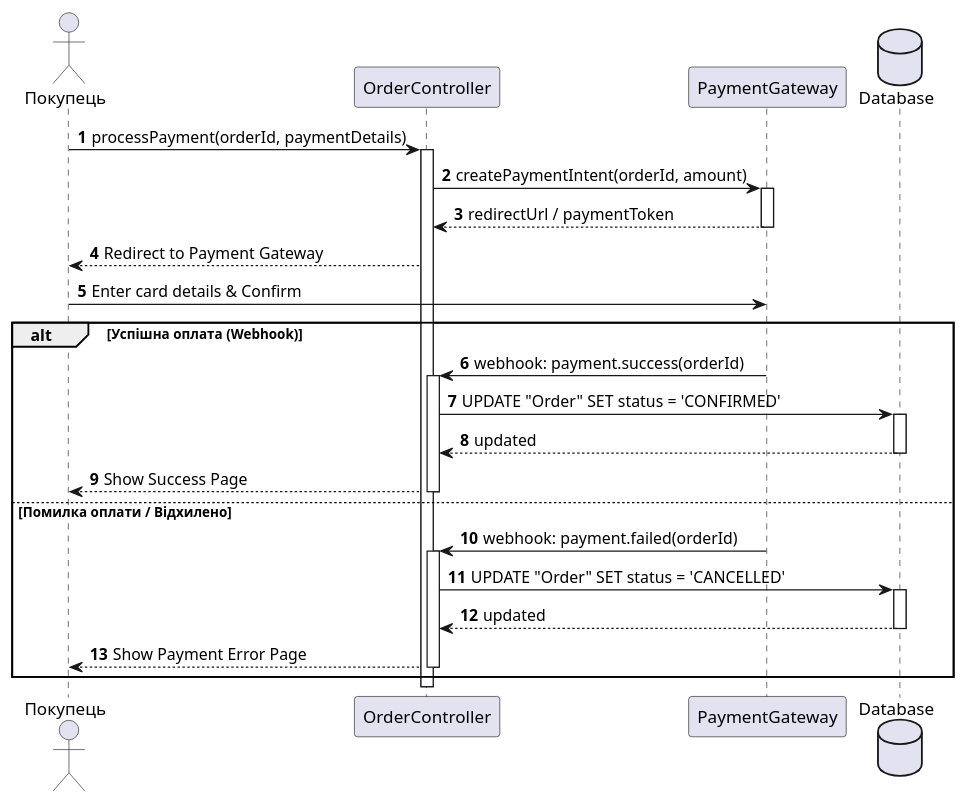
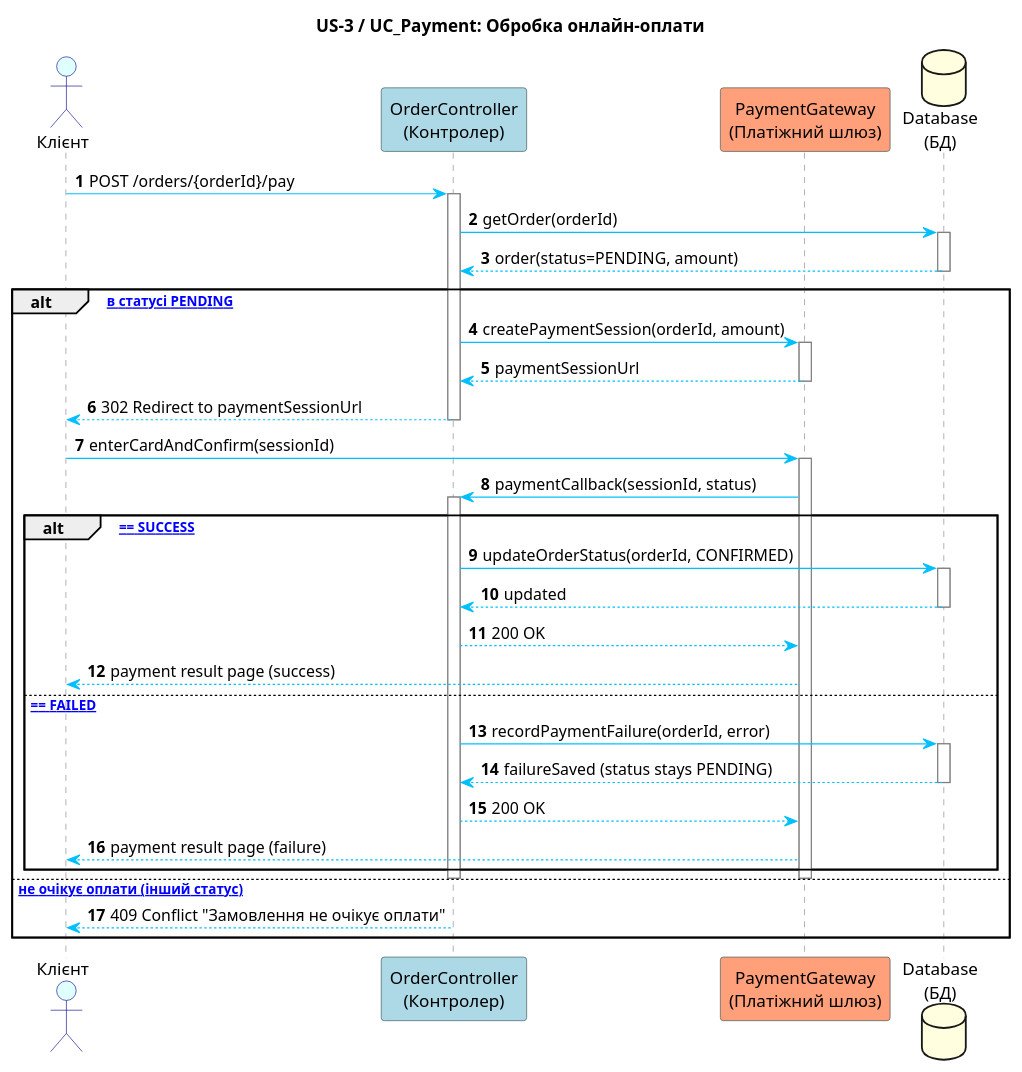
One commit to leormix/KPILabs2year changed the diagram in 3rd/sequence-payment.puml. Above: the diagram before and after it, drawn with PlantUML.

Commit message:
fix(puml): коригування активаційних ліній та блоків alt у US-3 після ШІ
- Об'єднано активацію OrderController під час Callback: тепер лінія починається до внутрішнього блоку alt і закривається після нього, охоплюючи обидві гілки (успіх/невдача) згідно з вимогами лаби.

```diff
--- a/3rd/sequence-payment.puml
+++ b/3rd/sequence-payment.puml
@@ -1,43 +1,67 @@
 @startuml
 autonumber
-actor Customer as "Покупець"
-participant OrderController as "OrderController"
-participant Gateway as "PaymentGateway"
-database DB as "Database"
+title US-3 / UC_Payment: Обробка онлайн-оплати
 
-Customer -> OrderController: processPayment(orderId, paymentDetails)
-activate OrderController
+skinparam sequence {
+    ArrowColor DeepSkyBlue
+    ActorBorderColor DarkBlue
+    ActorBackgroundColor LightCyan
+    LifeLineBorderColor Grey
+    LifeLineBackgroundColor White
+    ParticipantBorderColor DarkSlateGray
+    ParticipantBackgroundColor LightGrey
+}
 
-OrderController -> Gateway: createPaymentIntent(orderId, amount)
-activate Gateway
-Gateway --> OrderController: redirectUrl / paymentToken
-deactivate Gateway
+actor "Клієнт" as Customer #LightCyan
+participant "OrderController\n(Контролер)" as OC #LightBlue
+participant "PaymentGateway\n(Платіжний шлюз)" as PG #LightSalmon
+database "Database\n(БД)" as DB #LightYellow
 
-OrderController --> Customer: Redirect to Payment Gateway
+Customer -> OC : POST /orders/{orderId}/pay
+activate OC
 
-Customer -> Gateway: Enter card details & Confirm
+OC -> DB : getOrder(orderId)
+activate DB
+DB --> OC : order(status=PENDING, amount)
+deactivate DB
 
-alt Успішна оплата (Webhook)
-    Gateway -> OrderController: webhook: payment.success(orderId)
-    activate OrderController
-    
-    OrderController -> DB: UPDATE "Order" SET status = 'CONFIRMED'
+alt [Замовлення в статусі PENDING]
+  OC -> PG : createPaymentSession(orderId, amount)
+  activate PG
+  PG --> OC : paymentSessionUrl
+  deactivate PG
+
+  OC --> Customer : 302 Redirect to paymentSessionUrl
+  deactivate OC
+
+  Customer -> PG : enterCardAndConfirm(sessionId)
+  activate PG
+
+  PG -> OC : paymentCallback(sessionId, status)
+  activate OC
+  
+  alt [status == SUCCESS]
+    OC -> DB : updateOrderStatus(orderId, CONFIRMED)
     activate DB
-    DB --> OrderController: updated
+    DB --> OC : updated
     deactivate DB
-    
-    OrderController --> Customer: Show Success Page
-    deactivate OrderController
-else Помилка оплати / Відхилено
-    Gateway -> OrderController: webhook: payment.failed(orderId)
-    activate OrderController
-    
-    OrderController -> DB: UPDATE "Order" SET status = 'CANCELLED'
+    OC --> PG : 200 OK
+    PG --> Customer : payment result page (success)
+  else [status == FAILED]
+    OC -> DB : recordPaymentFailure(orderId, error)
     activate DB
-    DB --> OrderController: updated
+    DB --> OC : failureSaved (status stays PENDING)
     deactivate DB
-    
-    OrderController --> Customer: Show Payment Error Page
-    deactivate OrderController
+    OC --> PG : 200 OK
+    PG --> Customer : payment result page (failure)
+  end
+  
+  deactivate OC
+  deactivate PG
+
+else [Замовлення не очікує оплати (інший статус)]
+  OC --> Customer : 409 Conflict "Замовлення не очікує оплати"
+  deactivate OC
 end
+
 @enduml
```
